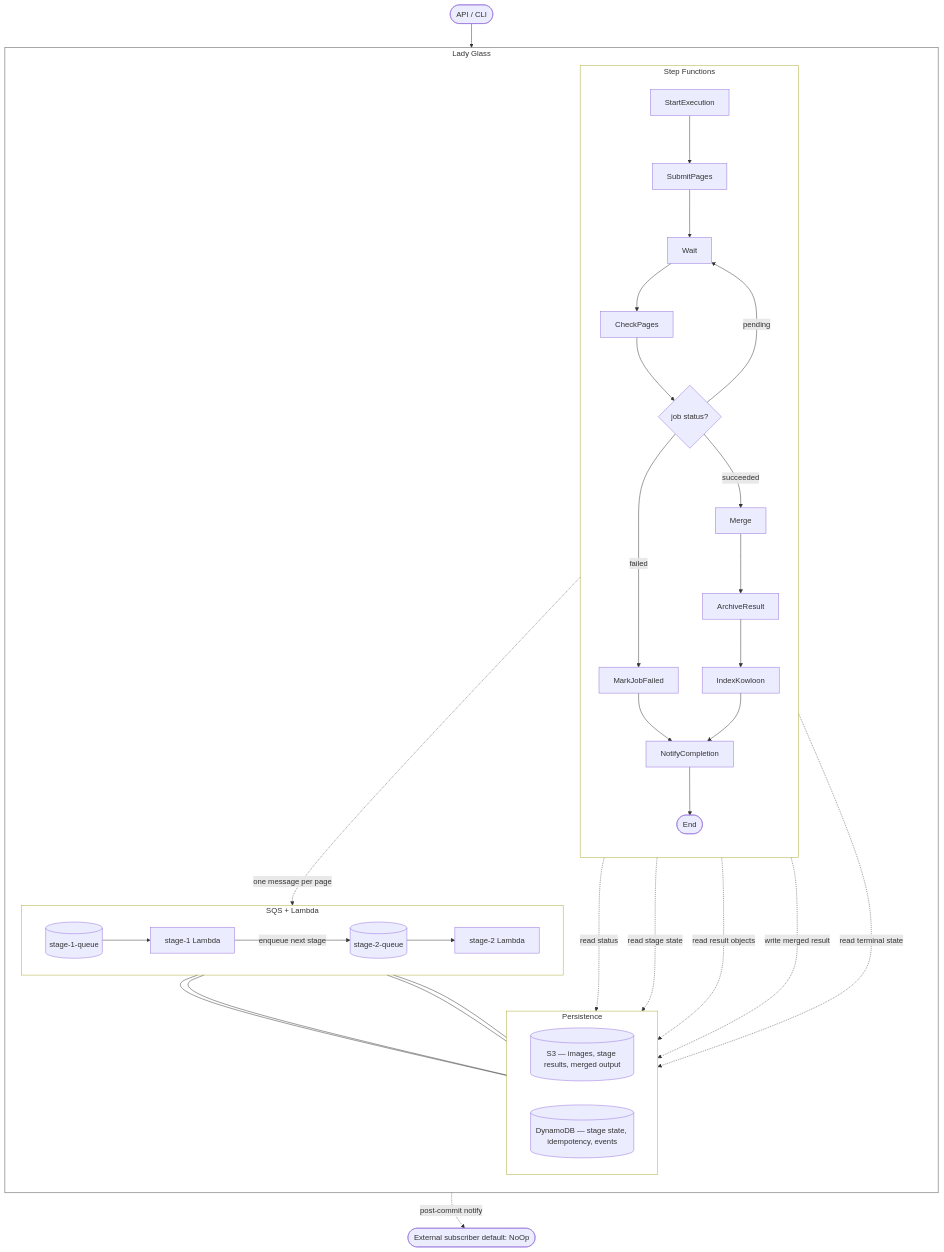
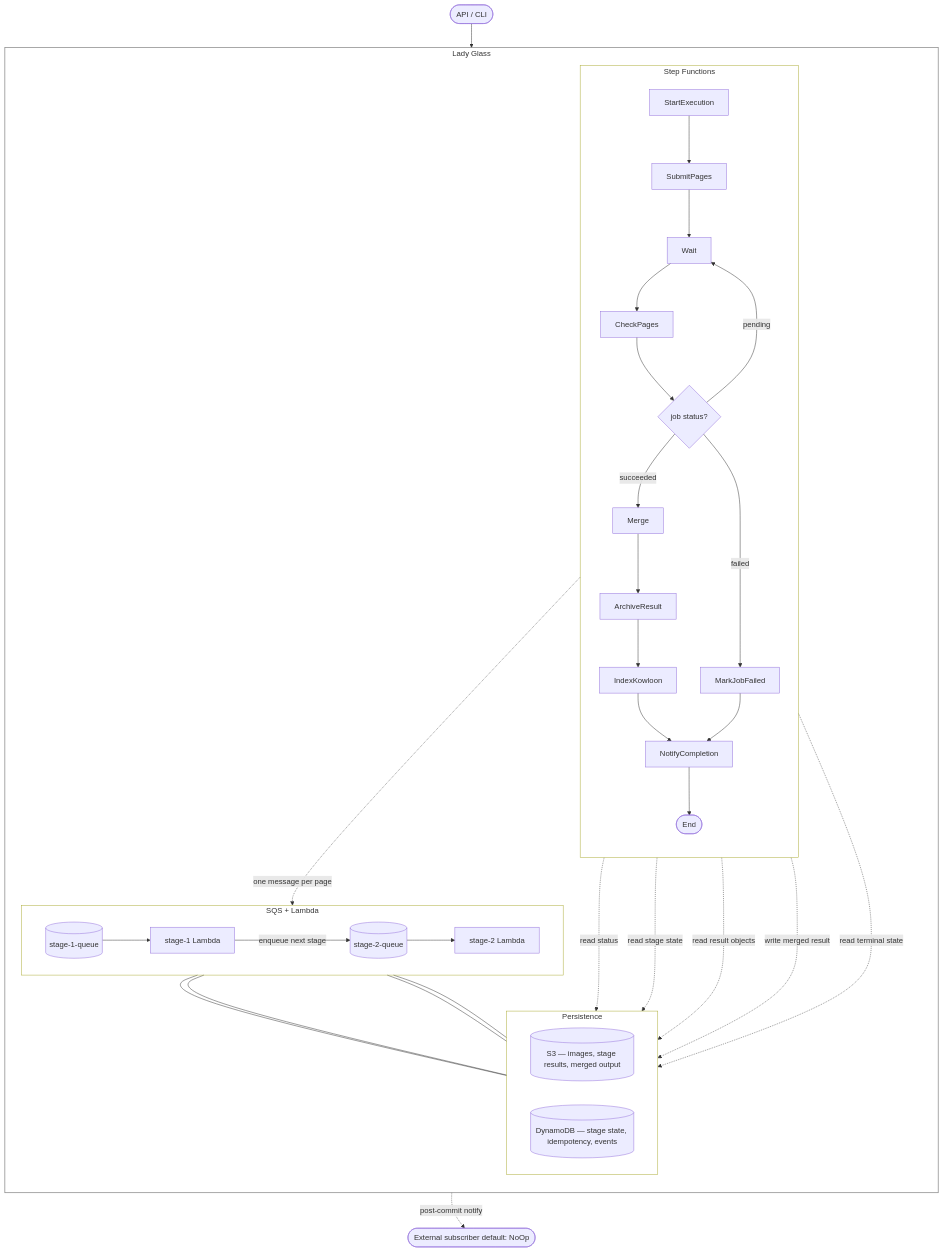
Before and after one commit to keix/lady-glass: the diagram in README.md, drawn with Mermaid.

Commit message:
README: reorder SFN mermaid so success path lands Notify first
Declaring the failed branch before the longer success branch pinned
Notify to the wrong rank, forcing the MarkFailed → Notify edge into
a long diagonal that widened the whole diagram. Moving the
Merge → Archive → Index → Notify chain ahead of the failed branch
lets Mermaid resolve Notify's rank up front, and the failed edge
becomes a clean rank-skip instead of a wedge. Also deduplicates
the second Notify[NotifyCompletion] label so the source stops
redeclaring the same node.

````diff
--- a/README.md
+++ b/README.md
@@ -19,59 +19,59 @@
 ```mermaid
 flowchart TB
     User([API / CLI]) --> StartExec[StartExecution]
 
     subgraph LG["Lady Glass"]
         direction TB
 
         subgraph SFN["Step Functions"]
             direction TB
             StartExec --> SubmitPages
             SubmitPages --> WaitLoop[Wait]
             WaitLoop --> CheckPages
             CheckPages --> Choice{job status?}
             Choice -- pending --> WaitLoop
-            Choice -- failed --> MarkFailed[MarkJobFailed]
             Choice -- succeeded --> Merge
-            MarkFailed --> Notify[NotifyCompletion]
             Merge --> Archive[ArchiveResult]
             Archive --> Index[IndexKowloon]
             Index --> Notify[NotifyCompletion]
+            Choice -- failed --> MarkFailed[MarkJobFailed]
+            MarkFailed --> Notify
             Notify --> Done([End])
         end
 
         subgraph CHAIN["SQS + Lambda"]
             direction LR
             Q1[(stage-1-queue)] --> L1[stage-1 Lambda]
             L1 -- enqueue next stage --> Q2[(stage-2-queue)]
             Q2 --> L2[stage-2 Lambda]
         end
 
         subgraph PERSIST["Persistence"]
             direction LR
             S3[(S3 — images, stage results, merged output)]
             DDB[(DynamoDB — stage state, idempotency, events)]
         end
     end
 
     Subscriber([External subscriber default: NoOp])
 
     SubmitPages -. one message per page .-> Q1
     CheckPages -. read status .-> DDB
     Merge -. read stage state .-> DDB
     Merge -. read result objects .-> S3
     Merge -. write merged result .-> S3
     Notify -. read terminal state .-> DDB
     Notify -. post-commit notify .-> Subscriber
 
     L1 --- S3
     L1 --- DDB
     L2 --- S3
     L2 --- DDB
 
     Done ~~~ Subscriber
 
     style LG fill:none,stroke:#888,stroke-width:1.5px
     style SFN fill:none
     style CHAIN fill:none
     style PERSIST fill:none
 ```
````
